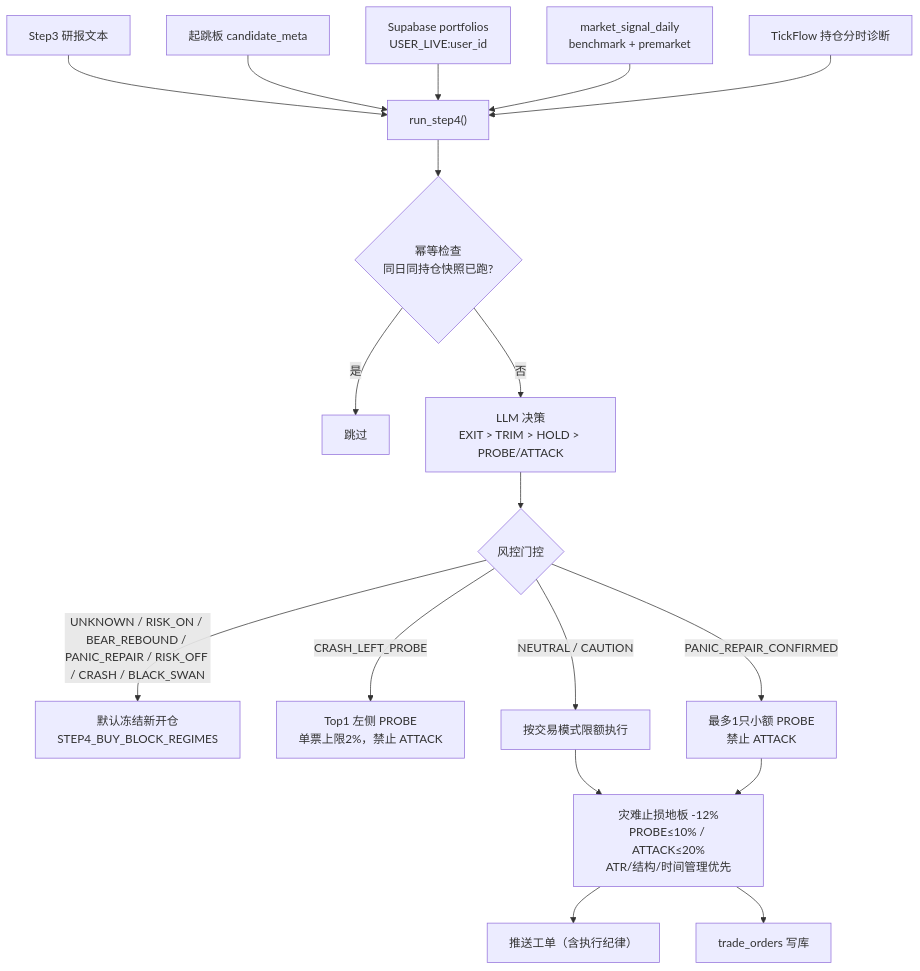
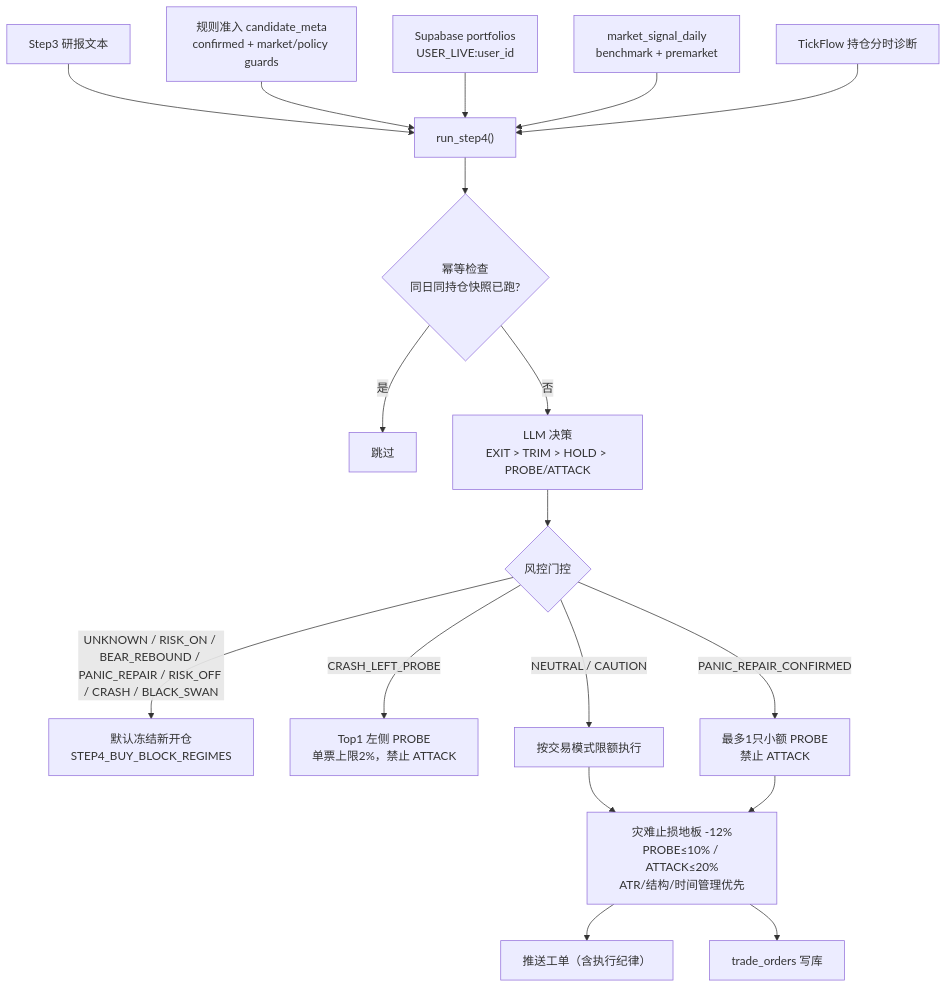
One commit to niyoh120/Wyckoff-Analysis changed the fifth of 7 diagrams in docs/A_SHARE_FUNNEL_FLOW.md. Above: the diagram before and after it, drawn with Mermaid. The commit also changed other lines of this file and 81 other files, not shown here.

````diff
--- a/docs/A_SHARE_FUNNEL_FLOW.md
+++ b/docs/A_SHARE_FUNNEL_FLOW.md
@@ -292,23 +298,23 @@
 ```mermaid
 flowchart TD
     IN1["Step3 研报文本"] --> S4
-    IN2["起跳板 candidate_meta"] --> S4
+    IN2["规则准入 candidate_meta<br/>confirmed + market/policy guards"] --> S4
     IN3["Supabase portfolios<br/>USER_LIVE:user_id"] --> S4
     IN4["market_signal_daily<br/>benchmark + premarket"] --> S4
     IN5["TickFlow 持仓分时诊断"] --> S4
 
     S4["run_step4()"] --> IDEM{"幂等检查<br/>同日同持仓快照已跑?"}
     IDEM -->|是| SKIP["跳过"]
     IDEM -->|否| LLM["LLM 决策<br/>EXIT > TRIM > HOLD > PROBE/ATTACK"]
 
     LLM --> RISK{"风控门控"}
     RISK -->|UNKNOWN / RISK_ON / BEAR_REBOUND / PANIC_REPAIR / RISK_OFF / CRASH / BLACK_SWAN| BLOCK_BUY["默认冻结新开仓<br/>STEP4_BUY_BLOCK_REGIMES"]
     RISK -->|CRASH_LEFT_PROBE| LEFT_PROBE["Top1 左侧 PROBE<br/>单票上限2%，禁止 ATTACK"]
     RISK -->|PANIC_REPAIR_CONFIRMED| REPAIR_PROBE["最多1只小额 PROBE<br/>禁止 ATTACK"]
     RISK -->|NEUTRAL / CAUTION| ALLOW["按交易模式限额执行"]
 
     ALLOW --> OMS["灾难止损地板 -12%<br/>PROBE≤10% / ATTACK≤20%<br/>ATR/结构/时间管理优先"]
     REPAIR_PROBE --> OMS
     OMS --> TG["推送工单（含执行纪律）"]
     OMS --> DB["trade_orders 写库"]
 ```
````
